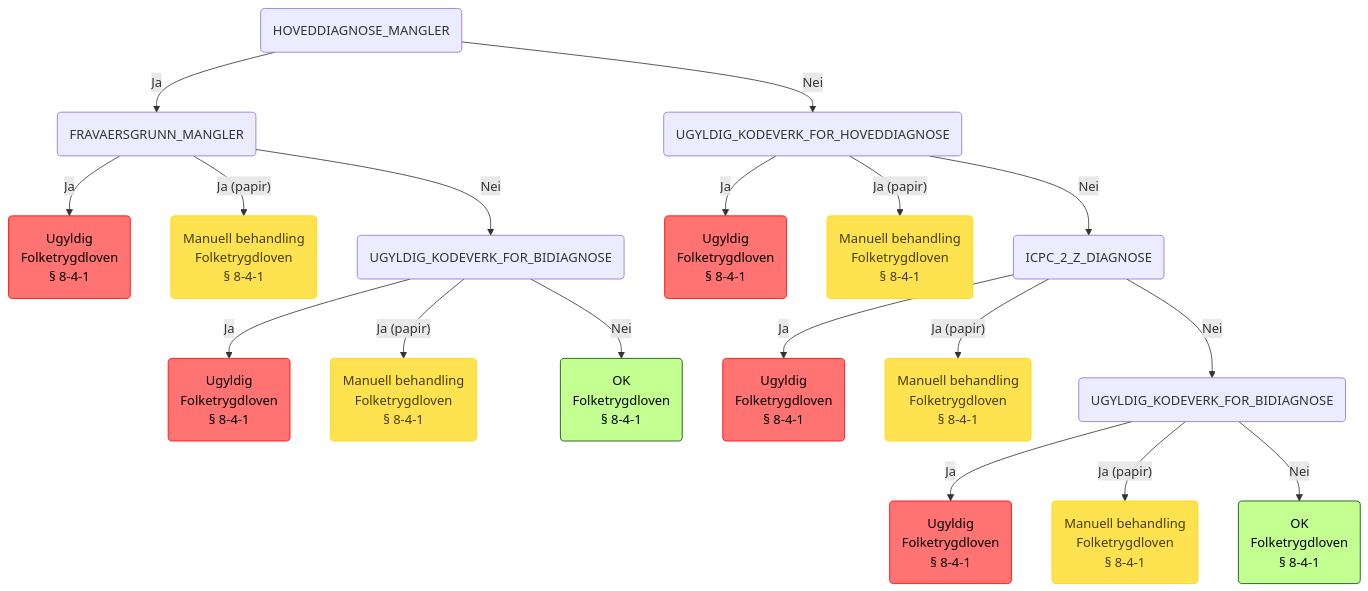
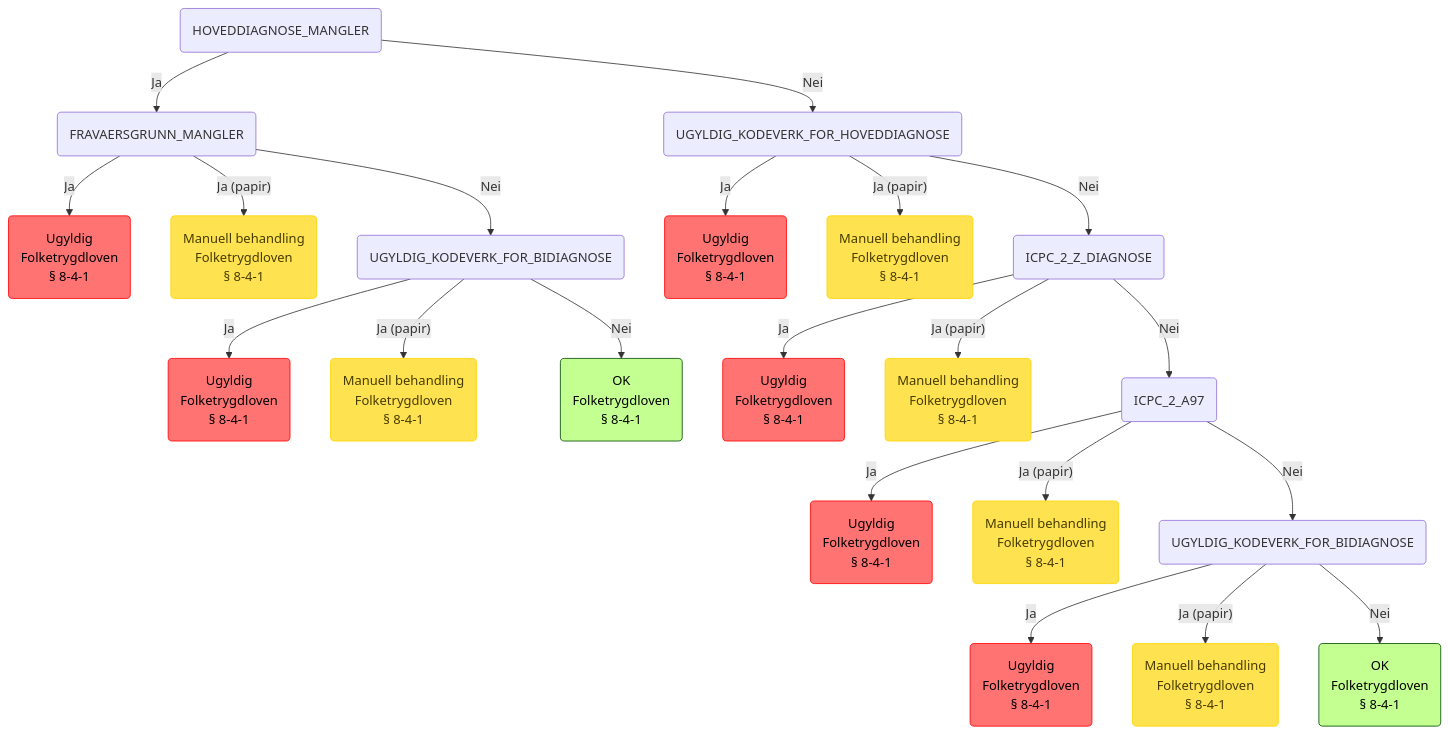
One commit to navikt/regulus-regula changed the fifth of 8 diagrams in RULE-TREE.md. Above: the diagram before and after it, drawn with Mermaid. The commit also changed 6 other files, not shown here.

Commit message:
feat: ICPC2(B) A97 diagnose should result in INVALID in rule execution

````diff
--- a/RULE-TREE.md
+++ b/RULE-TREE.md
@@ -182,59 +182,68 @@
 ```mermaid
 graph TD
     root(HOVEDDIAGNOSE_MANGLER) -->|Ja| root_HOVEDDIAGNOSE_MANGLER_FRAVAERSGRUNN_MANGLER(FRAVAERSGRUNN_MANGLER)
     root_HOVEDDIAGNOSE_MANGLER_FRAVAERSGRUNN_MANGLER(FRAVAERSGRUNN_MANGLER) -->|Ja| root_HOVEDDIAGNOSE_MANGLER_FRAVAERSGRUNN_MANGLER_INVALID(Ugyldig
 Folketrygdloven
  § 8-4-1):::invalid
     click root_HOVEDDIAGNOSE_MANGLER_FRAVAERSGRUNN_MANGLER_INVALID "https://lovdata.no/nav/folketrygdloven/kap8#PARAGRAF_8-4" "Gå til lovdata"
     root_HOVEDDIAGNOSE_MANGLER_FRAVAERSGRUNN_MANGLER(FRAVAERSGRUNN_MANGLER) -->|"Ja (papir)"| root_HOVEDDIAGNOSE_MANGLER_FRAVAERSGRUNN_MANGLER_INVALID_papir(Manuell behandling
 Folketrygdloven
  § 8-4-1):::manuell
     click root_HOVEDDIAGNOSE_MANGLER_FRAVAERSGRUNN_MANGLER_INVALID_papir "https://lovdata.no/nav/folketrygdloven/kap8#PARAGRAF_8-4" "Gå til lovdata"
     root_HOVEDDIAGNOSE_MANGLER_FRAVAERSGRUNN_MANGLER(FRAVAERSGRUNN_MANGLER) -->|Nei| root_HOVEDDIAGNOSE_MANGLER_FRAVAERSGRUNN_MANGLER_UGYLDIG_KODEVERK_FOR_BIDIAGNOSE(UGYLDIG_KODEVERK_FOR_BIDIAGNOSE)
     root_HOVEDDIAGNOSE_MANGLER_FRAVAERSGRUNN_MANGLER_UGYLDIG_KODEVERK_FOR_BIDIAGNOSE(UGYLDIG_KODEVERK_FOR_BIDIAGNOSE) -->|Ja| root_HOVEDDIAGNOSE_MANGLER_FRAVAERSGRUNN_MANGLER_UGYLDIG_KODEVERK_FOR_BIDIAGNOSE_INVALID(Ugyldig
 Folketrygdloven
  § 8-4-1):::invalid
     click root_HOVEDDIAGNOSE_MANGLER_FRAVAERSGRUNN_MANGLER_UGYLDIG_KODEVERK_FOR_BIDIAGNOSE_INVALID "https://lovdata.no/nav/folketrygdloven/kap8#PARAGRAF_8-4" "Gå til lovdata"
     root_HOVEDDIAGNOSE_MANGLER_FRAVAERSGRUNN_MANGLER_UGYLDIG_KODEVERK_FOR_BIDIAGNOSE(UGYLDIG_KODEVERK_FOR_BIDIAGNOSE) -->|"Ja (papir)"| root_HOVEDDIAGNOSE_MANGLER_FRAVAERSGRUNN_MANGLER_UGYLDIG_KODEVERK_FOR_BIDIAGNOSE_INVALID_papir(Manuell behandling
 Folketrygdloven
  § 8-4-1):::manuell
     click root_HOVEDDIAGNOSE_MANGLER_FRAVAERSGRUNN_MANGLER_UGYLDIG_KODEVERK_FOR_BIDIAGNOSE_INVALID_papir "https://lovdata.no/nav/folketrygdloven/kap8#PARAGRAF_8-4" "Gå til lovdata"
     root_HOVEDDIAGNOSE_MANGLER_FRAVAERSGRUNN_MANGLER_UGYLDIG_KODEVERK_FOR_BIDIAGNOSE(UGYLDIG_KODEVERK_FOR_BIDIAGNOSE) -->|Nei| root_HOVEDDIAGNOSE_MANGLER_FRAVAERSGRUNN_MANGLER_UGYLDIG_KODEVERK_FOR_BIDIAGNOSE_OK(OK
 Folketrygdloven
  § 8-4-1):::ok
     click root_HOVEDDIAGNOSE_MANGLER_FRAVAERSGRUNN_MANGLER_UGYLDIG_KODEVERK_FOR_BIDIAGNOSE_OK "https://lovdata.no/nav/folketrygdloven/kap8#PARAGRAF_8-4" "Gå til lovdata"
     root(HOVEDDIAGNOSE_MANGLER) -->|Nei| root_HOVEDDIAGNOSE_MANGLER_UGYLDIG_KODEVERK_FOR_HOVEDDIAGNOSE(UGYLDIG_KODEVERK_FOR_HOVEDDIAGNOSE)
     root_HOVEDDIAGNOSE_MANGLER_UGYLDIG_KODEVERK_FOR_HOVEDDIAGNOSE(UGYLDIG_KODEVERK_FOR_HOVEDDIAGNOSE) -->|Ja| root_HOVEDDIAGNOSE_MANGLER_UGYLDIG_KODEVERK_FOR_HOVEDDIAGNOSE_INVALID(Ugyldig
 Folketrygdloven
  § 8-4-1):::invalid
     click root_HOVEDDIAGNOSE_MANGLER_UGYLDIG_KODEVERK_FOR_HOVEDDIAGNOSE_INVALID "https://lovdata.no/nav/folketrygdloven/kap8#PARAGRAF_8-4" "Gå til lovdata"
     root_HOVEDDIAGNOSE_MANGLER_UGYLDIG_KODEVERK_FOR_HOVEDDIAGNOSE(UGYLDIG_KODEVERK_FOR_HOVEDDIAGNOSE) -->|"Ja (papir)"| root_HOVEDDIAGNOSE_MANGLER_UGYLDIG_KODEVERK_FOR_HOVEDDIAGNOSE_INVALID_papir(Manuell behandling
 Folketrygdloven
  § 8-4-1):::manuell
     click root_HOVEDDIAGNOSE_MANGLER_UGYLDIG_KODEVERK_FOR_HOVEDDIAGNOSE_INVALID_papir "https://lovdata.no/nav/folketrygdloven/kap8#PARAGRAF_8-4" "Gå til lovdata"
     root_HOVEDDIAGNOSE_MANGLER_UGYLDIG_KODEVERK_FOR_HOVEDDIAGNOSE(UGYLDIG_KODEVERK_FOR_HOVEDDIAGNOSE) -->|Nei| root_HOVEDDIAGNOSE_MANGLER_UGYLDIG_KODEVERK_FOR_HOVEDDIAGNOSE_ICPC_2_Z_DIAGNOSE(ICPC_2_Z_DIAGNOSE)
     root_HOVEDDIAGNOSE_MANGLER_UGYLDIG_KODEVERK_FOR_HOVEDDIAGNOSE_ICPC_2_Z_DIAGNOSE(ICPC_2_Z_DIAGNOSE) -->|Ja| root_HOVEDDIAGNOSE_MANGLER_UGYLDIG_KODEVERK_FOR_HOVEDDIAGNOSE_ICPC_2_Z_DIAGNOSE_INVALID(Ugyldig
 Folketrygdloven
  § 8-4-1):::invalid
     click root_HOVEDDIAGNOSE_MANGLER_UGYLDIG_KODEVERK_FOR_HOVEDDIAGNOSE_ICPC_2_Z_DIAGNOSE_INVALID "https://lovdata.no/nav/folketrygdloven/kap8#PARAGRAF_8-4" "Gå til lovdata"
     root_HOVEDDIAGNOSE_MANGLER_UGYLDIG_KODEVERK_FOR_HOVEDDIAGNOSE_ICPC_2_Z_DIAGNOSE(ICPC_2_Z_DIAGNOSE) -->|"Ja (papir)"| root_HOVEDDIAGNOSE_MANGLER_UGYLDIG_KODEVERK_FOR_HOVEDDIAGNOSE_ICPC_2_Z_DIAGNOSE_INVALID_papir(Manuell behandling
 Folketrygdloven
  § 8-4-1):::manuell
     click root_HOVEDDIAGNOSE_MANGLER_UGYLDIG_KODEVERK_FOR_HOVEDDIAGNOSE_ICPC_2_Z_DIAGNOSE_INVALID_papir "https://lovdata.no/nav/folketrygdloven/kap8#PARAGRAF_8-4" "Gå til lovdata"
-    root_HOVEDDIAGNOSE_MANGLER_UGYLDIG_KODEVERK_FOR_HOVEDDIAGNOSE_ICPC_2_Z_DIAGNOSE(ICPC_2_Z_DIAGNOSE) -->|Nei| root_HOVEDDIAGNOSE_MANGLER_UGYLDIG_KODEVERK_FOR_HOVEDDIAGNOSE_ICPC_2_Z_DIAGNOSE_UGYLDIG_KODEVERK_FOR_BIDIAGNOSE(UGYLDIG_KODEVERK_FOR_BIDIAGNOSE)
-    root_HOVEDDIAGNOSE_MANGLER_UGYLDIG_KODEVERK_FOR_HOVEDDIAGNOSE_ICPC_2_Z_DIAGNOSE_UGYLDIG_KODEVERK_FOR_BIDIAGNOSE(UGYLDIG_KODEVERK_FOR_BIDIAGNOSE) -->|Ja| root_HOVEDDIAGNOSE_MANGLER_UGYLDIG_KODEVERK_FOR_HOVEDDIAGNOSE_ICPC_2_Z_DIAGNOSE_UGYLDIG_KODEVERK_FOR_BIDIAGNOSE_INVALID(Ugyldig
+    root_HOVEDDIAGNOSE_MANGLER_UGYLDIG_KODEVERK_FOR_HOVEDDIAGNOSE_ICPC_2_Z_DIAGNOSE(ICPC_2_Z_DIAGNOSE) -->|Nei| root_HOVEDDIAGNOSE_MANGLER_UGYLDIG_KODEVERK_FOR_HOVEDDIAGNOSE_ICPC_2_Z_DIAGNOSE_ICPC_2_A97(ICPC_2_A97)
+    root_HOVEDDIAGNOSE_MANGLER_UGYLDIG_KODEVERK_FOR_HOVEDDIAGNOSE_ICPC_2_Z_DIAGNOSE_ICPC_2_A97(ICPC_2_A97) -->|Ja| root_HOVEDDIAGNOSE_MANGLER_UGYLDIG_KODEVERK_FOR_HOVEDDIAGNOSE_ICPC_2_Z_DIAGNOSE_ICPC_2_A97_INVALID(Ugyldig
 Folketrygdloven
  § 8-4-1):::invalid
-    click root_HOVEDDIAGNOSE_MANGLER_UGYLDIG_KODEVERK_FOR_HOVEDDIAGNOSE_ICPC_2_Z_DIAGNOSE_UGYLDIG_KODEVERK_FOR_BIDIAGNOSE_INVALID "https://lovdata.no/nav/folketrygdloven/kap8#PARAGRAF_8-4" "Gå til lovdata"
-    root_HOVEDDIAGNOSE_MANGLER_UGYLDIG_KODEVERK_FOR_HOVEDDIAGNOSE_ICPC_2_Z_DIAGNOSE_UGYLDIG_KODEVERK_FOR_BIDIAGNOSE(UGYLDIG_KODEVERK_FOR_BIDIAGNOSE) -->|"Ja (papir)"| root_HOVEDDIAGNOSE_MANGLER_UGYLDIG_KODEVERK_FOR_HOVEDDIAGNOSE_ICPC_2_Z_DIAGNOSE_UGYLDIG_KODEVERK_FOR_BIDIAGNOSE_INVALID_papir(Manuell behandling
+    click root_HOVEDDIAGNOSE_MANGLER_UGYLDIG_KODEVERK_FOR_HOVEDDIAGNOSE_ICPC_2_Z_DIAGNOSE_ICPC_2_A97_INVALID "https://lovdata.no/nav/folketrygdloven/kap8#PARAGRAF_8-4" "Gå til lovdata"
+    root_HOVEDDIAGNOSE_MANGLER_UGYLDIG_KODEVERK_FOR_HOVEDDIAGNOSE_ICPC_2_Z_DIAGNOSE_ICPC_2_A97(ICPC_2_A97) -->|"Ja (papir)"| root_HOVEDDIAGNOSE_MANGLER_UGYLDIG_KODEVERK_FOR_HOVEDDIAGNOSE_ICPC_2_Z_DIAGNOSE_ICPC_2_A97_INVALID_papir(Manuell behandling
 Folketrygdloven
  § 8-4-1):::manuell
-    click root_HOVEDDIAGNOSE_MANGLER_UGYLDIG_KODEVERK_FOR_HOVEDDIAGNOSE_ICPC_2_Z_DIAGNOSE_UGYLDIG_KODEVERK_FOR_BIDIAGNOSE_INVALID_papir "https://lovdata.no/nav/folketrygdloven/kap8#PARAGRAF_8-4" "Gå til lovdata"
-    root_HOVEDDIAGNOSE_MANGLER_UGYLDIG_KODEVERK_FOR_HOVEDDIAGNOSE_ICPC_2_Z_DIAGNOSE_UGYLDIG_KODEVERK_FOR_BIDIAGNOSE(UGYLDIG_KODEVERK_FOR_BIDIAGNOSE) -->|Nei| root_HOVEDDIAGNOSE_MANGLER_UGYLDIG_KODEVERK_FOR_HOVEDDIAGNOSE_ICPC_2_Z_DIAGNOSE_UGYLDIG_KODEVERK_FOR_BIDIAGNOSE_OK(OK
+    click root_HOVEDDIAGNOSE_MANGLER_UGYLDIG_KODEVERK_FOR_HOVEDDIAGNOSE_ICPC_2_Z_DIAGNOSE_ICPC_2_A97_INVALID_papir "https://lovdata.no/nav/folketrygdloven/kap8#PARAGRAF_8-4" "Gå til lovdata"
+    root_HOVEDDIAGNOSE_MANGLER_UGYLDIG_KODEVERK_FOR_HOVEDDIAGNOSE_ICPC_2_Z_DIAGNOSE_ICPC_2_A97(ICPC_2_A97) -->|Nei| root_HOVEDDIAGNOSE_MANGLER_UGYLDIG_KODEVERK_FOR_HOVEDDIAGNOSE_ICPC_2_Z_DIAGNOSE_ICPC_2_A97_UGYLDIG_KODEVERK_FOR_BIDIAGNOSE(UGYLDIG_KODEVERK_FOR_BIDIAGNOSE)
+    root_HOVEDDIAGNOSE_MANGLER_UGYLDIG_KODEVERK_FOR_HOVEDDIAGNOSE_ICPC_2_Z_DIAGNOSE_ICPC_2_A97_UGYLDIG_KODEVERK_FOR_BIDIAGNOSE(UGYLDIG_KODEVERK_FOR_BIDIAGNOSE) -->|Ja| root_HOVEDDIAGNOSE_MANGLER_UGYLDIG_KODEVERK_FOR_HOVEDDIAGNOSE_ICPC_2_Z_DIAGNOSE_ICPC_2_A97_UGYLDIG_KODEVERK_FOR_BIDIAGNOSE_INVALID(Ugyldig
+Folketrygdloven
+ § 8-4-1):::invalid
+    click root_HOVEDDIAGNOSE_MANGLER_UGYLDIG_KODEVERK_FOR_HOVEDDIAGNOSE_ICPC_2_Z_DIAGNOSE_ICPC_2_A97_UGYLDIG_KODEVERK_FOR_BIDIAGNOSE_INVALID "https://lovdata.no/nav/folketrygdloven/kap8#PARAGRAF_8-4" "Gå til lovdata"
+    root_HOVEDDIAGNOSE_MANGLER_UGYLDIG_KODEVERK_FOR_HOVEDDIAGNOSE_ICPC_2_Z_DIAGNOSE_ICPC_2_A97_UGYLDIG_KODEVERK_FOR_BIDIAGNOSE(UGYLDIG_KODEVERK_FOR_BIDIAGNOSE) -->|"Ja (papir)"| root_HOVEDDIAGNOSE_MANGLER_UGYLDIG_KODEVERK_FOR_HOVEDDIAGNOSE_ICPC_2_Z_DIAGNOSE_ICPC_2_A97_UGYLDIG_KODEVERK_FOR_BIDIAGNOSE_INVALID_papir(Manuell behandling
+Folketrygdloven
+ § 8-4-1):::manuell
+    click root_HOVEDDIAGNOSE_MANGLER_UGYLDIG_KODEVERK_FOR_HOVEDDIAGNOSE_ICPC_2_Z_DIAGNOSE_ICPC_2_A97_UGYLDIG_KODEVERK_FOR_BIDIAGNOSE_INVALID_papir "https://lovdata.no/nav/folketrygdloven/kap8#PARAGRAF_8-4" "Gå til lovdata"
+    root_HOVEDDIAGNOSE_MANGLER_UGYLDIG_KODEVERK_FOR_HOVEDDIAGNOSE_ICPC_2_Z_DIAGNOSE_ICPC_2_A97_UGYLDIG_KODEVERK_FOR_BIDIAGNOSE(UGYLDIG_KODEVERK_FOR_BIDIAGNOSE) -->|Nei| root_HOVEDDIAGNOSE_MANGLER_UGYLDIG_KODEVERK_FOR_HOVEDDIAGNOSE_ICPC_2_Z_DIAGNOSE_ICPC_2_A97_UGYLDIG_KODEVERK_FOR_BIDIAGNOSE_OK(OK
 Folketrygdloven
  § 8-4-1):::ok
-    click root_HOVEDDIAGNOSE_MANGLER_UGYLDIG_KODEVERK_FOR_HOVEDDIAGNOSE_ICPC_2_Z_DIAGNOSE_UGYLDIG_KODEVERK_FOR_BIDIAGNOSE_OK "https://lovdata.no/nav/folketrygdloven/kap8#PARAGRAF_8-4" "Gå til lovdata"
+    click root_HOVEDDIAGNOSE_MANGLER_UGYLDIG_KODEVERK_FOR_HOVEDDIAGNOSE_ICPC_2_Z_DIAGNOSE_ICPC_2_A97_UGYLDIG_KODEVERK_FOR_BIDIAGNOSE_OK "https://lovdata.no/nav/folketrygdloven/kap8#PARAGRAF_8-4" "Gå til lovdata"
     classDef ok fill:#c3ff91,stroke:#004a00,color: black;
     classDef invalid fill:#ff7373,stroke:#ff0000,color: black;
     classDef manuell fill:#ffe24f,stroke:#ffd500,color: #473c00;
 ```
````
